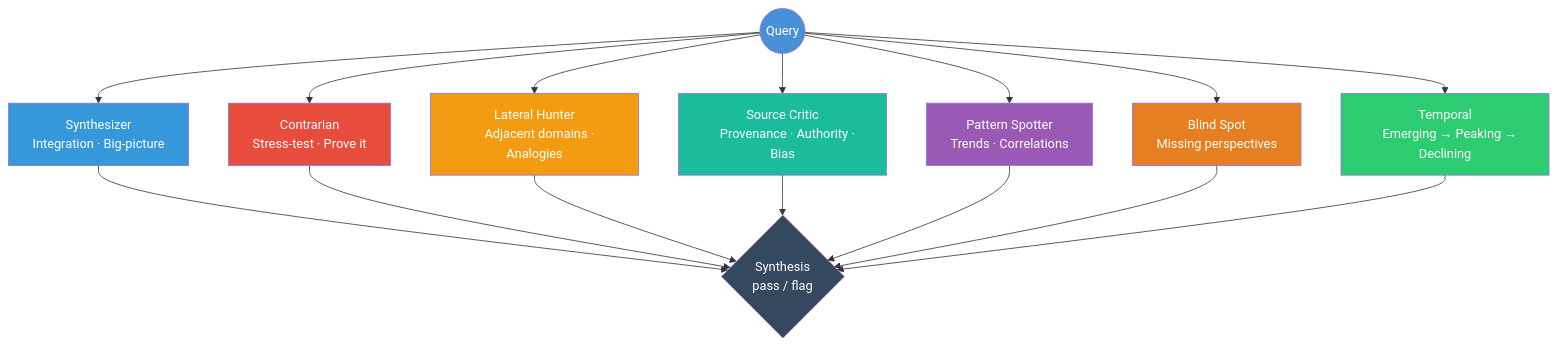
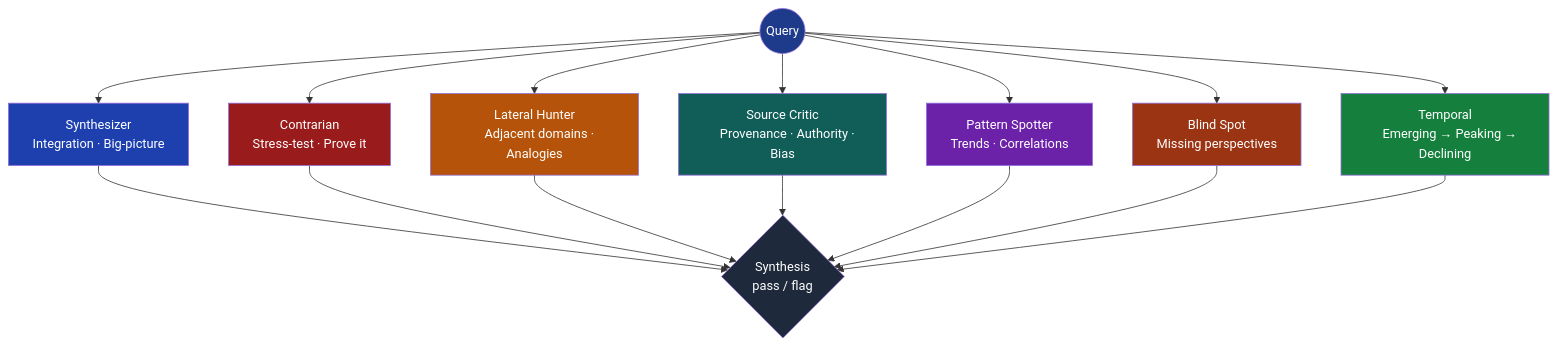
The fourth of 4 diagrams in README.md (adambkovacs/seine-agentic-search-orchestrator-plugin), drawn with Mermaid before and after one commit. The commit also changed other lines of this file and 1 other file, not shown here.

Commit message:
fix: WCAG AA compliant Mermaid diagram colors
All node fill colors now pass WCAG AA contrast ratio (4.5:1+)
with white text. Replaced 13 failing bright/mid-tone backgrounds
with darker shades from the same hue family (Tailwind 800/900).

````diff
--- a/README.md
+++ b/README.md
@@ -323,30 +323,30 @@
 ```mermaid
 graph TD
     QUERY((Query)) --> SYN["Synthesizer
     Integration · Big-picture"]
     QUERY --> CON["Contrarian
     Stress-test · Prove it"]
     QUERY --> LAT["Lateral Hunter
     Adjacent domains · Analogies"]
     QUERY --> SRC["Source Critic
     Provenance · Authority · Bias"]
     QUERY --> PAT["Pattern Spotter
     Trends · Correlations"]
     QUERY --> BLI["Blind Spot
     Missing perspectives"]
     QUERY --> TEM["Temporal
     Emerging → Peaking → Declining"]
 
     SYN & CON & LAT & SRC & PAT & BLI & TEM --> V{"Synthesis
     pass / flag"}
 
-    style QUERY fill:#4A90D9,color:#fff
-    style SYN fill:#3498DB,color:#fff
-    style CON fill:#E74C3C,color:#fff
-    style LAT fill:#F39C12,color:#fff
-    style SRC fill:#1ABC9C,color:#fff
-    style PAT fill:#9B59B6,color:#fff
-    style BLI fill:#E67E22,color:#fff
-    style TEM fill:#2ECC71,color:#fff
-    style V fill:#34495E,color:#fff
+    style QUERY fill:#1E3A8A,color:#fff
+    style SYN fill:#1E40AF,color:#fff
+    style CON fill:#991B1B,color:#fff
+    style LAT fill:#B45309,color:#fff
+    style SRC fill:#115E59,color:#fff
+    style PAT fill:#6B21A8,color:#fff
+    style BLI fill:#9A3412,color:#fff
+    style TEM fill:#15803D,color:#fff
+    style V fill:#1E293B,color:#fff
 ```
````
